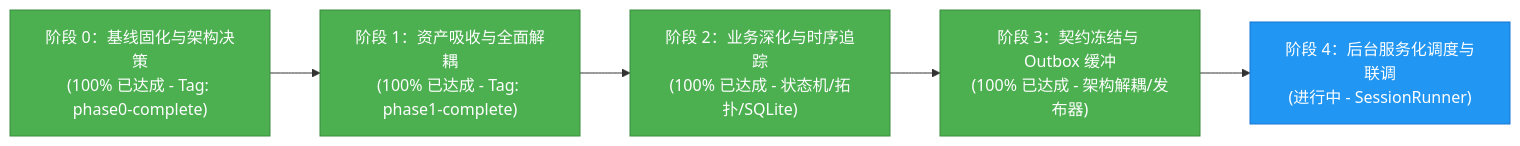
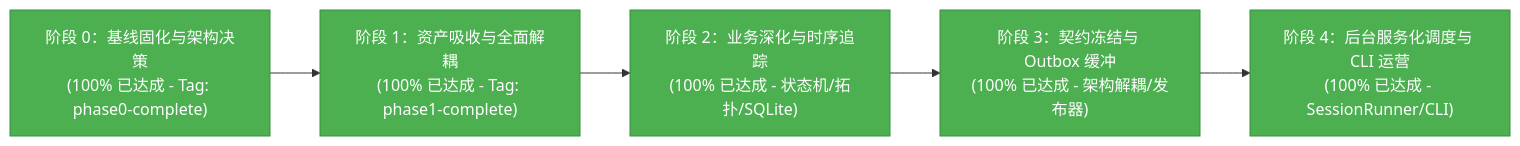
The diagram in docs/perception/PROGRESS.md (jjc303/civil_engineering_agent), drawn with Mermaid before and after one commit. The commit also changed other lines of this file and 11 other files, not shown here.

````diff
--- a/docs/perception/PROGRESS.md
+++ b/docs/perception/PROGRESS.md
@@ -33,13 +40,13 @@
 ```mermaid
 flowchart LR
     M0["阶段 0：基线固化与架构决策<br/>(100% 已达成 - Tag: phase0-complete)"] --> M1["阶段 1：资产吸收与全面解耦<br/>(100% 已达成 - Tag: phase1-complete)"]
     M1 --> M2["阶段 2：业务深化与时序追踪<br/>(100% 已达成 - 状态机/拓扑/SQLite)"]
     M2 --> M3["阶段 3：契约冻结与 Outbox 缓冲<br/>(100% 已达成 - 架构解耦/发布器)"]
-    M3 --> M4["阶段 4：后台服务化调度与联调<br/>(进行中 - SessionRunner)"]
+    M3 --> M4["阶段 4：后台服务化调度与 CLI 运营<br/>(100% 已达成 - SessionRunner/CLI)"]
 
     style M0 fill:#4CAF50,stroke:#388E3C,color:#fff
     style M1 fill:#4CAF50,stroke:#388E3C,color:#fff
     style M2 fill:#4CAF50,stroke:#388E3C,color:#fff
     style M3 fill:#4CAF50,stroke:#388E3C,color:#fff
-    style M4 fill:#2196F3,stroke:#1976D2,color:#fff
+    style M4 fill:#4CAF50,stroke:#388E3C,color:#fff
 ```
````
